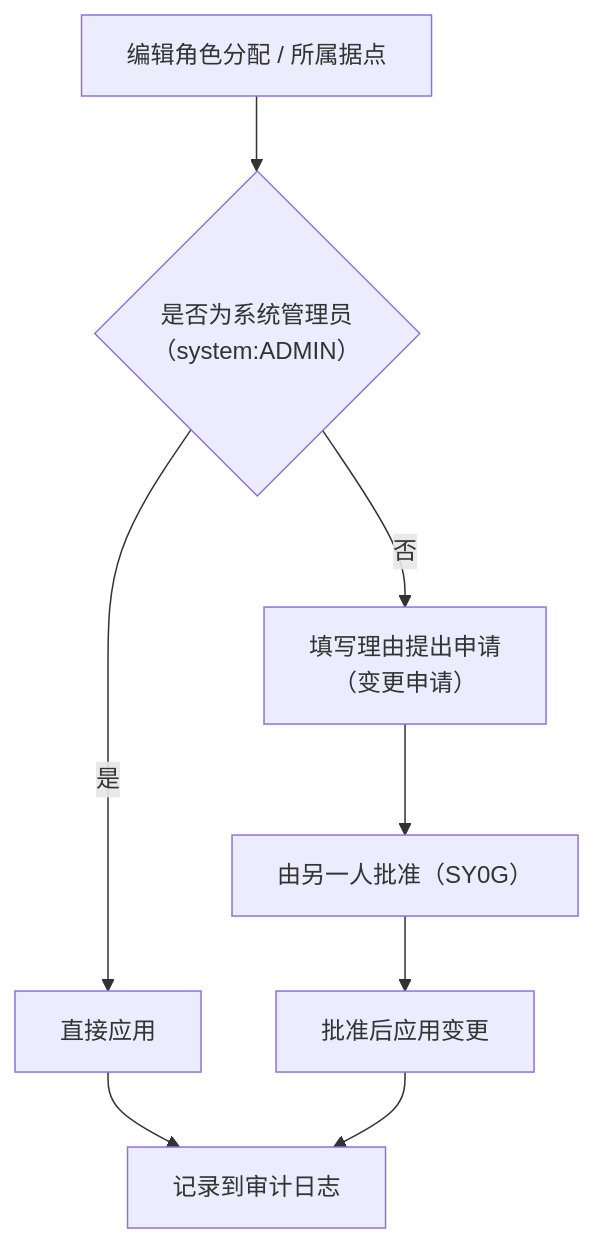
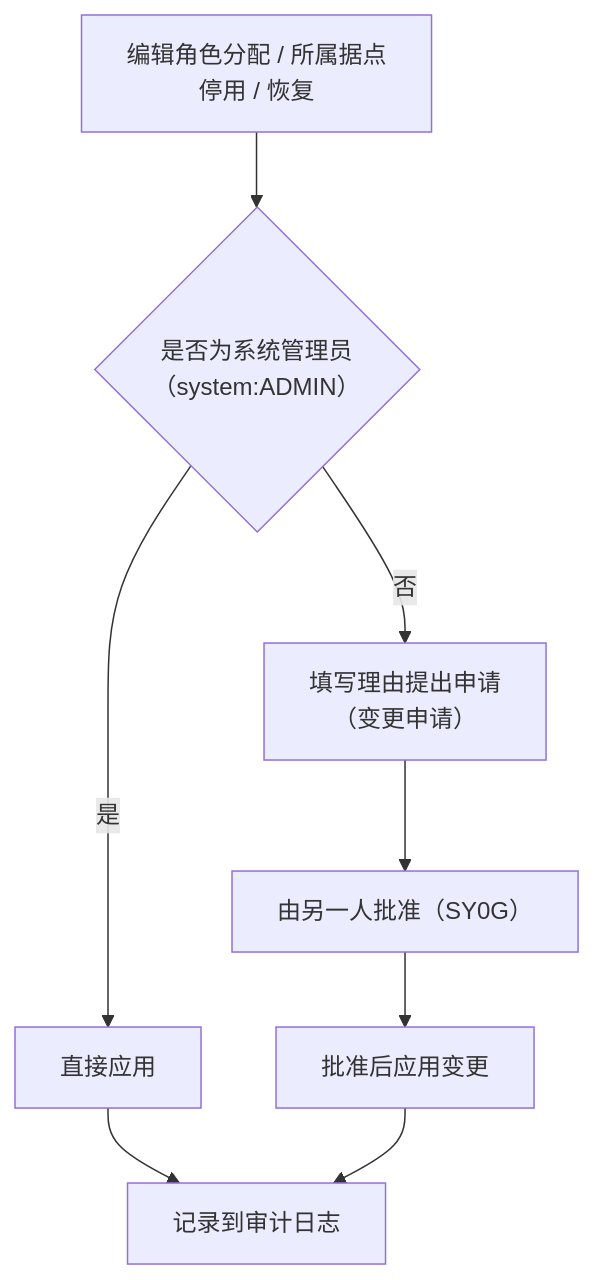
The diagram in coolify/apps/nextjs-web/content/internal/system/user-management.zh.md (Kuisin/ckk-tool-v3), drawn with Mermaid before and after one commit. The commit also changed other lines of this file and 137 other files, not shown here.

````diff
--- a/coolify/apps/nextjs-web/content/internal/system/user-management.zh.md
+++ b/coolify/apps/nextjs-web/content/internal/system/user-management.zh.md
@@ -13,10 +13,10 @@
 ```mermaid
 flowchart TD
-  e["编辑角色分配 / 所属据点"] --> q{"是否为系统管理员<br/>（system:ADMIN）"}
+  e["编辑角色分配 / 所属据点<br/>停用 / 恢复"] --> q{"是否为系统管理员<br/>（system:ADMIN）"}
   q -->|"是"| a["直接应用"]
   q -->|"否"| r["填写理由提出申请<br/>（变更申请）"]
   r --> d["由另一人批准（SY0G）"]
   d --> a2["批准后应用变更"]
   a --> l["记录到审计日志"]
   a2 --> l
 ```
````
